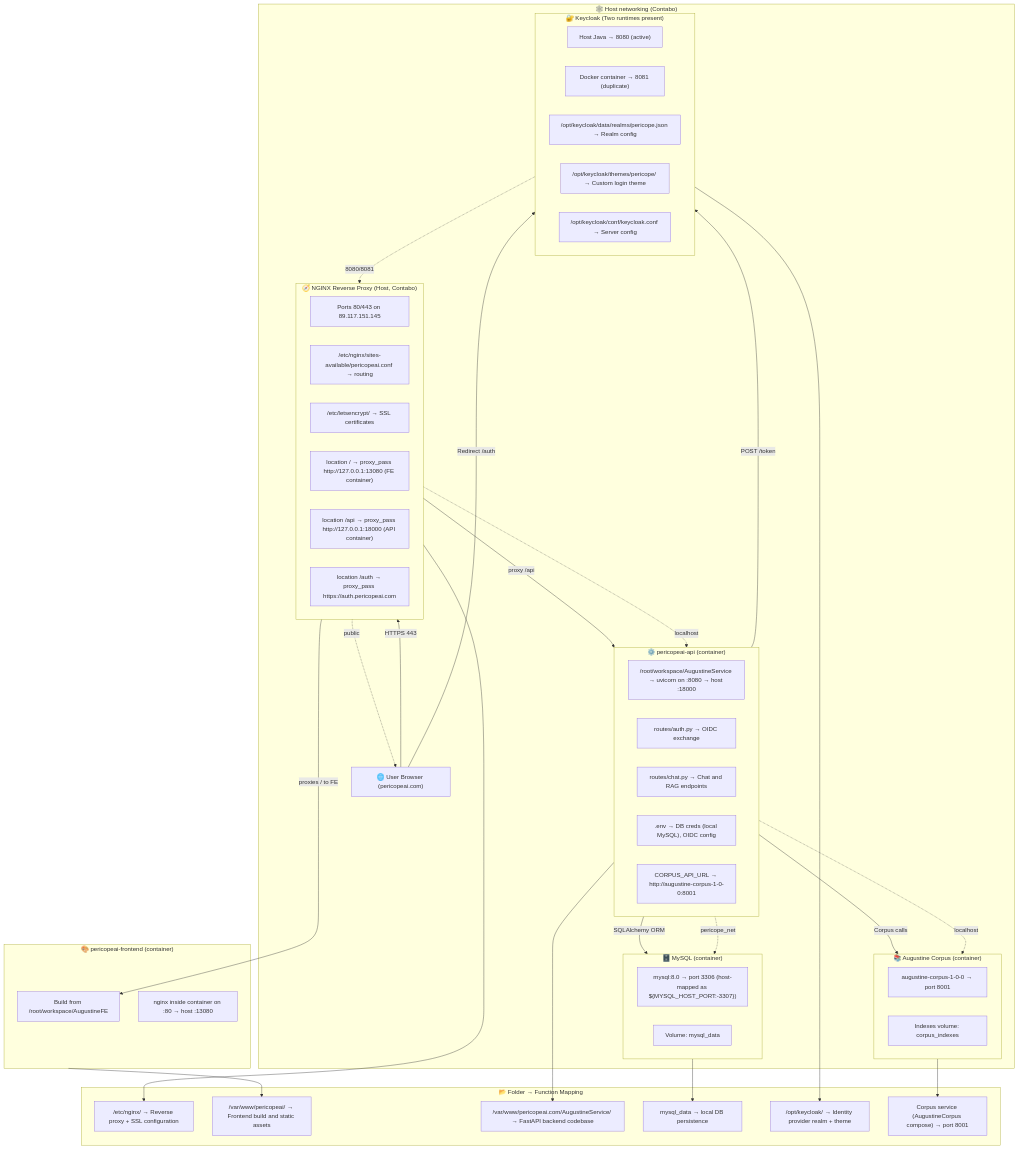
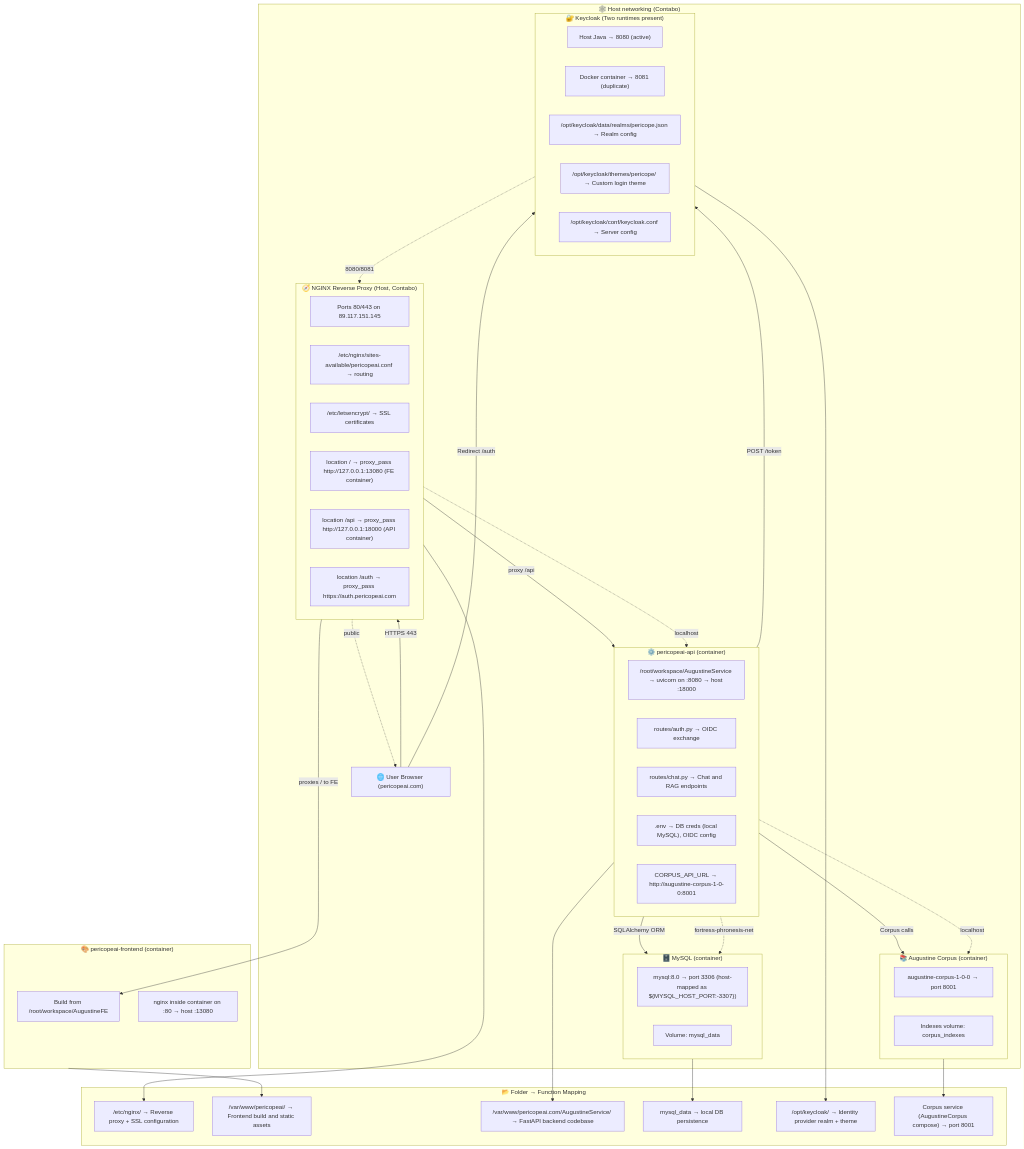
The diagram in docs/pericope-ai-deployment.mmd (benlagrone/fortress-phronesis), drawn with Mermaid before and after one commit. The commit also changed 12 other files, not shown here.

```diff
--- a/docs/pericope-ai-deployment.mmd
+++ b/docs/pericope-ai-deployment.mmd
@@ -1,86 +1,86 @@
 graph TD
 
 %% ─── USER TRAFFIC ───────────────────────────────
 U["🌐 User Browser (pericopeai.com)"] -->|HTTPS 443| NGINX
 
 %% ─── NGINX REVERSE PROXY (HOST) ──────────────
 subgraph NGINX["🧭 NGINX Reverse Proxy (Host, Contabo)"]
     N1["Ports 80/443 on 89.117.151.145"]
     N2["/etc/nginx/sites-available/pericopeai.conf → routing"]
     N3["/etc/letsencrypt/ → SSL certificates"]
     N4["location / → proxy_pass http://127.0.0.1:13080 (FE container)"]
     N5["location /api → proxy_pass http://127.0.0.1:18000 (API container)"]
     N6["location /auth → proxy_pass https://auth.pericopeai.com"]
 end
 
 %% ─── FRONTEND (CONTAINER) ─────────────────────────
 subgraph FRONTEND["🎨 pericopeai-frontend (container)"]
     F1["Build from /root/workspace/AugustineFE"]
     F2["nginx inside container on :80 → host :13080"]
 end
 
 NGINX -->|proxies / to FE| F1
 
 %% ─── FASTAPI BACKEND (CONTAINER) ─────────────
 subgraph FASTAPI["⚙️ pericopeai-api (container)"]
     B1["/root/workspace/AugustineService → uvicorn on :8080 → host :18000"]
     B2["routes/auth.py → OIDC exchange"]
     B3["routes/chat.py → Chat and RAG endpoints"]
     B4[".env → DB creds (local MySQL), OIDC config"]
     B5["CORPUS_API_URL → http://augustine-corpus-1-0-0:8001"]
 end
 
 NGINX -->|proxy /api| FASTAPI
 
 %% ─── CORPUS SERVICE ──────────────────────────
 subgraph CORPUS["📚 Augustine Corpus (container)"]
     C1["augustine-corpus-1-0-0 → port 8001"]
     C2["Indexes volume: corpus_indexes"]
 end
 
 %% ─── DATABASE (CONTAINER) ─────────────────-----
 subgraph DB["🗄️ MySQL (container)"]
     D1["mysql:8.0 → port 3306 (host-mapped as ${MYSQL_HOST_PORT:-3307})"]
     D2["Volume: mysql_data"]
 end
 
 FASTAPI -->|SQLAlchemy ORM| DB
 FASTAPI -->|Corpus calls| CORPUS
 
 %% ─── KEYCLOAK INSTANCES ─────────────────────────
 subgraph KC["🔐 Keycloak (Two runtimes present)"]
     K1["Host Java → 8080 (active)"]
     K2["Docker container → 8081 (duplicate)"]
     K3["/opt/keycloak/data/realms/pericope.json → Realm config"]
     K4["/opt/keycloak/themes/pericope/ → Custom login theme"]
     K5["/opt/keycloak/conf/keycloak.conf → Server config"]
 end
 
 FASTAPI -->|POST /token| KC
 U -->|Redirect /auth| KC
 
 %% ─── NETWORKING ─────────────────────────────────
 subgraph NET["🕸️ Host networking (Contabo)"]
     NGINX -.->|localhost| FASTAPI
     FASTAPI -.->|localhost| CORPUS
-    FASTAPI -.->|pericope_net| DB
+    FASTAPI -.->|fortress-phronesis-net| DB
     KC -.->|8080/8081| NGINX
     NGINX -.->|public| U
 end
 
 %% ─── FOLDER SUMMARY NODES ───────────────────────
 subgraph SUMMARY["📂 Folder → Function Mapping"]
     S1["/etc/nginx/ → Reverse proxy + SSL configuration"]
     S2["/var/www/pericopeai/ → Frontend build and static assets"]
     S3["/var/www/pericopeai.com/AugustineService/ → FastAPI backend codebase"]
     S4["mysql_data → local DB persistence"]
     S5["/opt/keycloak/ → Identity provider realm + theme"]
     S6["Corpus service (AugustineCorpus compose) → port 8001"]
 end
 
 NGINX --> S1
 FRONTEND --> S2
 FASTAPI --> S3
 DB --> S4
 KC --> S5
 CORPUS --> S6
```
